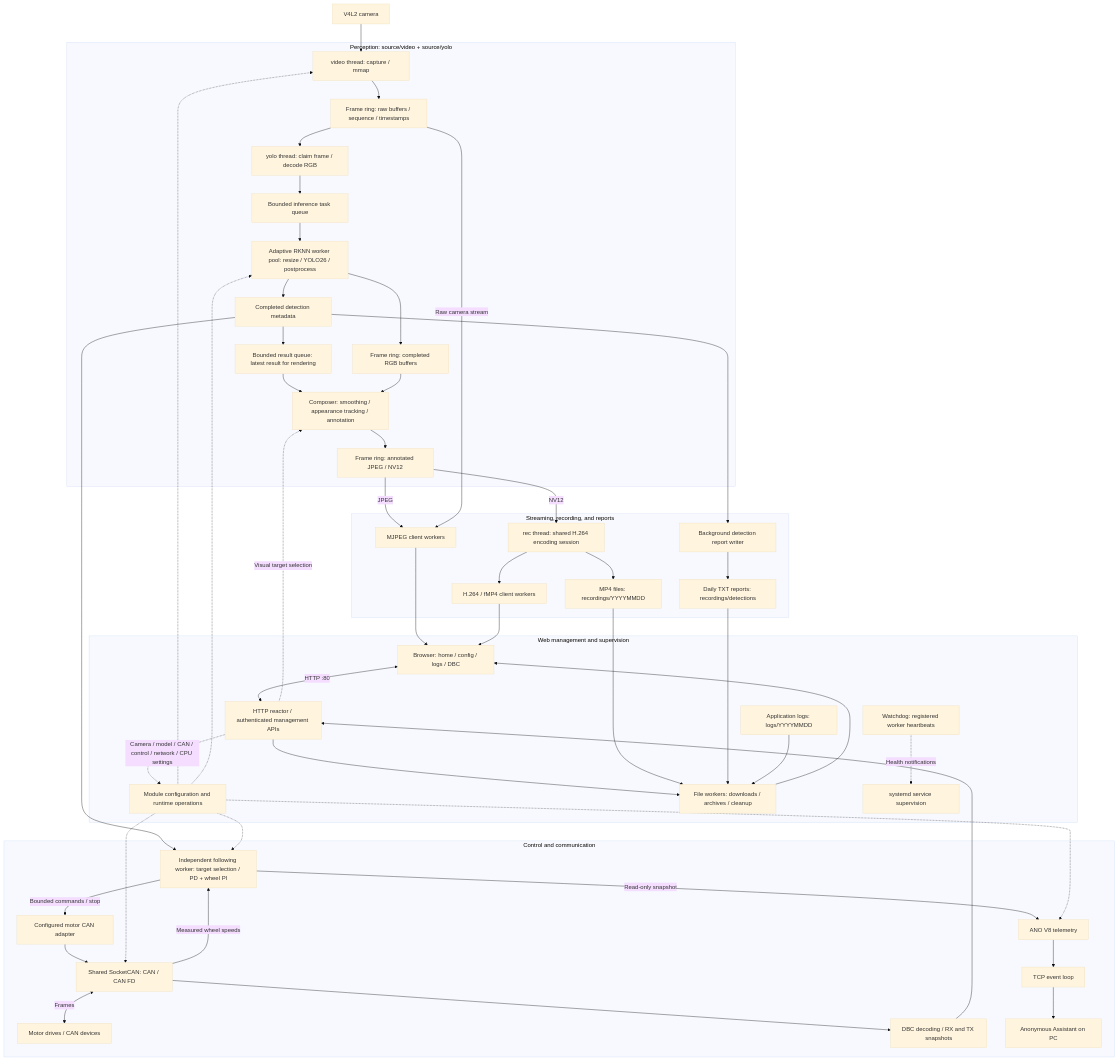
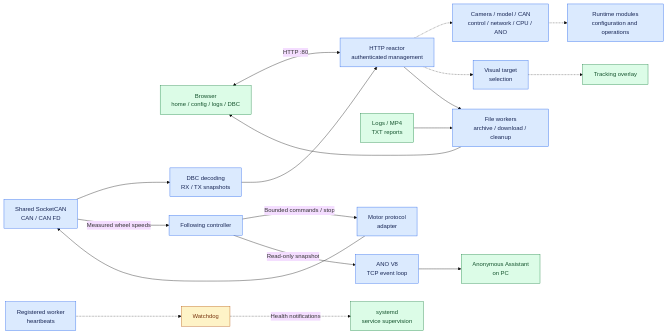
Before and after one commit to qianruo-orange/autonomous-driving-car: the third of 6 diagrams in README.md, drawn with Mermaid (base theme). The commit also changed other lines of this file, not shown here.

Commit message:
Improve README diagrams with horizontal layouts and visual grouping

````diff
--- a/README.md
+++ b/README.md
@@ -17,59 +69,26 @@
 ```mermaid
-flowchart TB
-    Camera["V4L2 camera"] --> Capture
-
-    subgraph Perception["Perception: source/video + source/yolo"]
-        Capture["video thread: capture / mmap"] --> Raw["Frame ring: raw buffers / sequence / timestamps"]
-        Raw --> Decode["yolo thread: claim frame / decode RGB"]
-        Decode --> Jobs["Bounded inference task queue"]
-        Jobs --> NPU["Adaptive RKNN worker pool: resize / YOLO26 / postprocess"]
-        NPU --> Results["Completed detection metadata"]
-        NPU --> RGB["Frame ring: completed RGB buffers"]
-        Results --> Latest["Bounded result queue: latest result for rendering"]
-        Latest --> Composer["Composer: smoothing / appearance tracking / annotation"]
-        RGB --> Composer
-        Composer --> Display["Frame ring: annotated JPEG / NV12"]
-    end
-
-    subgraph Media["Streaming, recording, and reports"]
-        Display -->|JPEG| MJPEG["MJPEG client workers"]
-        Raw -->|Raw camera stream| MJPEG
-        Display -->|NV12| Encoder["rec thread: shared H.264 encoding session"]
-        Encoder --> MP4["MP4 files: recordings/YYYYMMDD"]
-        Encoder --> H264["H.264 / fMP4 client workers"]
-        Results --> Writer["Background detection report writer"]
-        Writer --> TXT["Daily TXT reports: recordings/detections"]
-    end
-
-    subgraph Motion["Control and communication"]
-        Results --> Follow["Independent following worker: target selection / PD + wheel PI"]
-        Follow -->|Bounded commands / stop| Adapter["Configured motor CAN adapter"]
-        Adapter --> CAN["Shared SocketCAN: CAN / CAN FD"]
-        CAN -->|Measured wheel speeds| Follow
-        CAN <-->|Frames| Drive["Motor drives / CAN devices"]
-        CAN --> DBC["DBC decoding / RX and TX snapshots"]
-        Follow -->|Read-only snapshot| ANO["ANO V8 telemetry"]
-        ANO --> TCP["TCP event loop"]
-        TCP --> PC["Anonymous Assistant on PC"]
-    end
-
-    subgraph Management["Web management and supervision"]
-        Browser["Browser: home / config / logs / DBC"] <-->|HTTP :80| HTTP["HTTP reactor / authenticated management APIs"]
-        HTTP -.->|Camera / model / CAN / control / network / CPU settings| Runtime["Module configuration and runtime operations"]
-        Runtime -.-> Capture
-        Runtime -.-> NPU
-        Runtime -.-> Follow
-        Runtime -.-> CAN
-        Runtime -.-> ANO
-        HTTP -.->|Visual target selection| Composer
-        HTTP --> Files["File workers: downloads / archives / cleanup"]
-        MP4 --> Files
-        TXT --> Files
-        Logs["Application logs: logs/YYYYMMDD"] --> Files
-        DBC --> HTTP
-        MJPEG --> Browser
-        H264 --> Browser
-        Files --> Browser
-        Watchdog["Watchdog: registered worker heartbeats"] -.->|Health notifications| Systemd["systemd service supervision"]
-    end
+flowchart LR
+    Browser["Browser<br/>home / config / logs / DBC"] <-->|HTTP :80| HTTP["HTTP reactor<br/>authenticated management"]
+    HTTP -.-> Settings["Camera / model / CAN<br/>control / network / CPU / ANO"]
+    Settings -.-> Modules["Runtime modules<br/>configuration and operations"]
+    HTTP -.-> Select["Visual target<br/>selection"]
+    Select -.-> Overlay["Tracking overlay"]
+    HTTP --> Files["File workers<br/>archive / download / cleanup"]
+    Storage["Logs / MP4<br/>TXT reports"] --> Files
+    Files --> Browser
+    CAN["Shared SocketCAN<br/>CAN / CAN FD"] --> DBC["DBC decoding<br/>RX / TX snapshots"]
+    DBC --> HTTP
+    CAN -->|Measured wheel speeds| Follow["Following controller"]
+    Follow -->|Bounded commands / stop| Adapter["Motor protocol<br/>adapter"]
+    Adapter --> CAN
+    Follow -->|Read-only snapshot| ANO["ANO V8<br/>TCP event loop"]
+    ANO --> PC["Anonymous Assistant<br/>on PC"]
+    Workers["Registered worker<br/>heartbeats"] -.-> Watchdog["Watchdog"]
+    Watchdog -.->|Health notifications| Systemd["systemd<br/>service supervision"]
+    classDef process fill:#dbeafe,stroke:#2563eb,color:#172554
+    classDef output fill:#dcfce7,stroke:#15803d,color:#14532d
+    classDef check fill:#fef3c7,stroke:#b45309,color:#78350f
+    class HTTP,Settings,Modules,Select,Files,CAN,DBC,Follow,Adapter,ANO,Workers process
+    class Browser,Overlay,Storage,PC,Systemd output
+    class Watchdog check
 ```
````
